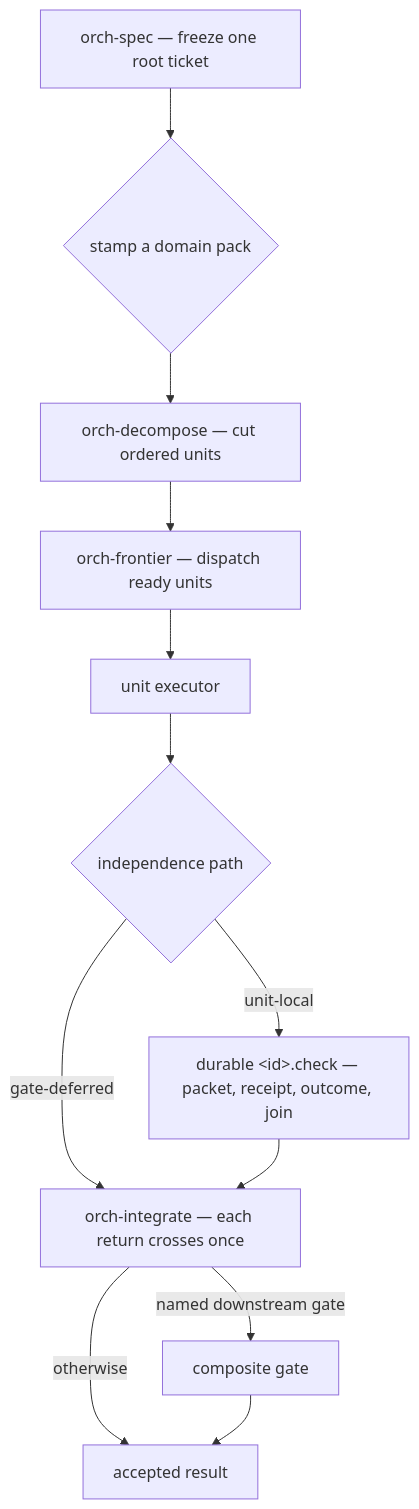
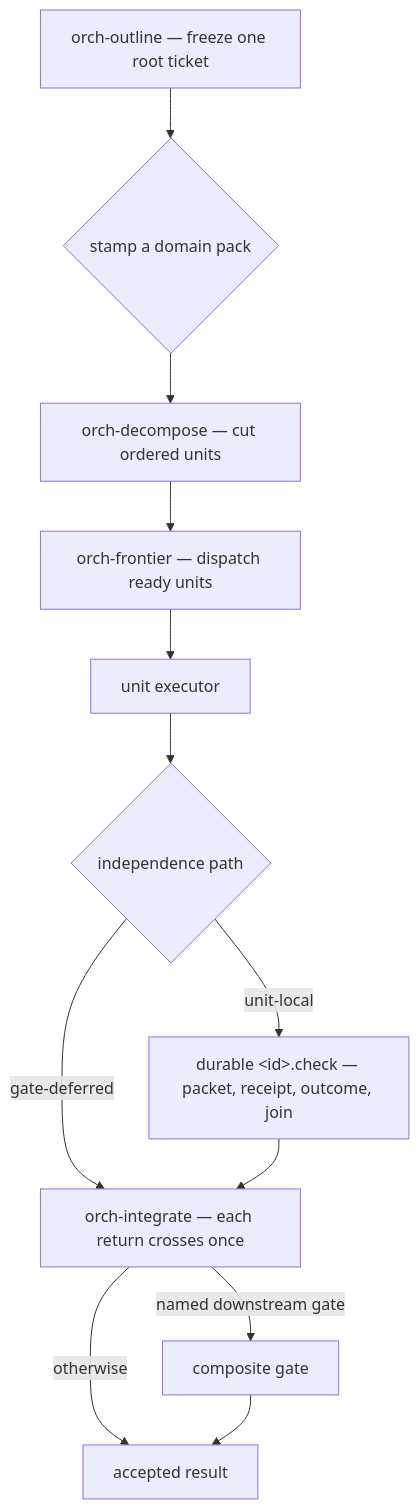
Before and after one commit to DanMcInerney/orchflows: the diagram in README.md, drawn with Mermaid. The commit also changed other lines of this file and 60 other files, not shown here.

First line of the commit message:
Rename orch-spec to orch-outline and give packs the outline lane (U9)

````diff
--- a/README.md
+++ b/README.md
@@ -179,14 +179,14 @@
 ```mermaid
 flowchart TD
-    spec["orch-spec — freeze one root ticket"] --> pack{"stamp a domain pack"}
+    outline["orch-outline — freeze one root ticket"] --> pack{"stamp a domain pack"}
     pack --> dec["orch-decompose — cut ordered units"]
     dec --> frontier["orch-frontier — dispatch ready units"]
     frontier --> exec["unit executor"]
     exec --> path{"independence path"}
     path -->|unit-local| checker["durable &lt;id&gt;.check — packet, receipt, outcome, join"]
     path -->|gate-deferred| join["orch-integrate — each return crosses once"]
     checker --> join
     join -->|named downstream gate| gate["composite gate"]
     join -->|otherwise| accepted["accepted result"]
     gate --> accepted
 ```
````
